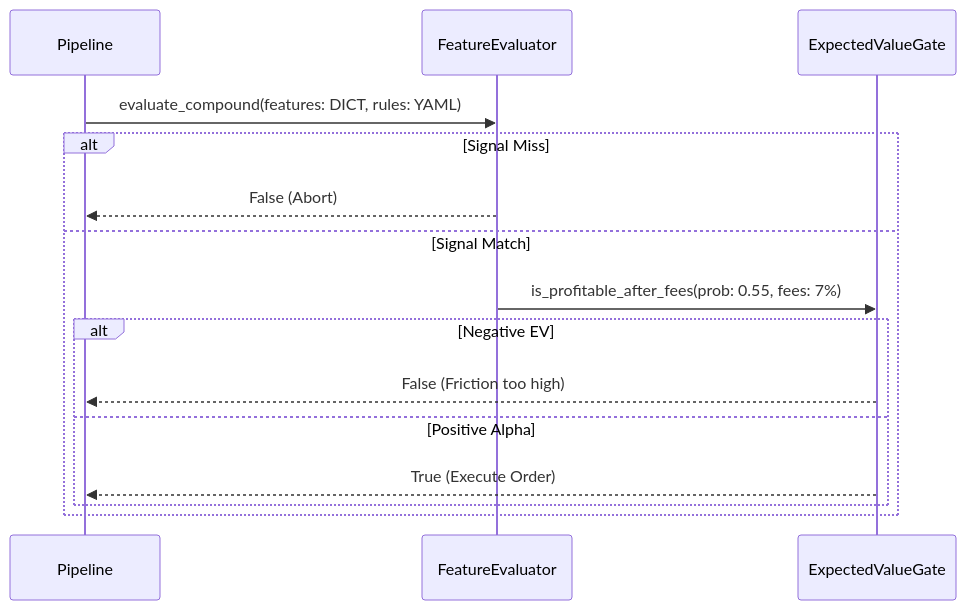
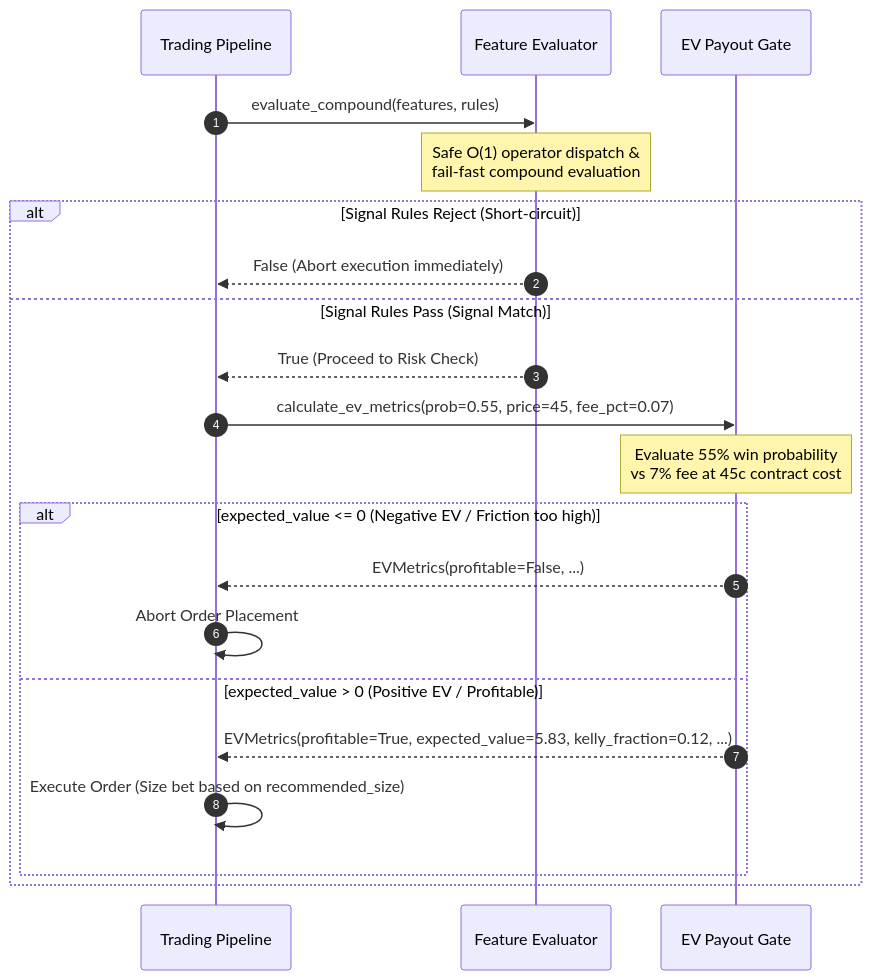
The diagram in README.md (mrnicholasbcarter-code/edge-mining-framework), drawn with Mermaid before and after one commit. The commit also changed other lines of this file, not shown here.

````diff
--- a/README.md
+++ b/README.md
@@ -12,18 +47,26 @@
 ```mermaid
 sequenceDiagram
-    participant Pipeline
-    participant FeatureEvaluator
-    participant ExpectedValueGate
+    autonumber
+    participant Pipeline as Trading Pipeline
+    participant FeatureEvaluator as Feature Evaluator
+    participant ExpectedValueGate as EV Payout Gate
+
+    Pipeline->>FeatureEvaluator: evaluate_compound(features, rules)
+    Note over FeatureEvaluator: Safe O(1) operator dispatch &<br/>fail-fast compound evaluation
     
-    Pipeline->>FeatureEvaluator: evaluate_compound(features: DICT, rules: YAML)
-    alt Signal Miss
-        FeatureEvaluator-->>Pipeline: False (Abort)
-    else Signal Match
-        FeatureEvaluator->>ExpectedValueGate: is_profitable_after_fees(prob: 0.55, fees: 7%)
-        alt Negative EV
-            ExpectedValueGate-->>Pipeline: False (Friction too high)
-        else Positive Alpha
-            ExpectedValueGate-->>Pipeline: True (Execute Order)
+    alt Signal Rules Reject (Short-circuit)
+        FeatureEvaluator-->>Pipeline: False (Abort execution immediately)
+    else Signal Rules Pass (Signal Match)
+        FeatureEvaluator-->>Pipeline: True (Proceed to Risk Check)
+        Pipeline->>ExpectedValueGate: calculate_ev_metrics(prob=0.55, price=45, fee_pct=0.07)
+        Note over ExpectedValueGate: Evaluate 55% win probability<br/>vs 7% fee at 45c contract cost
+        
+        alt expected_value <= 0 (Negative EV / Friction too high)
+            ExpectedValueGate-->>Pipeline: EVMetrics(profitable=False, ...)
+            Pipeline->>Pipeline: Abort Order Placement
+        else expected_value > 0 (Positive EV / Profitable)
+            ExpectedValueGate-->>Pipeline: EVMetrics(profitable=True, expected_value=5.83, kelly_fraction=0.12, ...)
+            Pipeline->>Pipeline: Execute Order (Size bet based on recommended_size)
         end
     end
 ```
````
